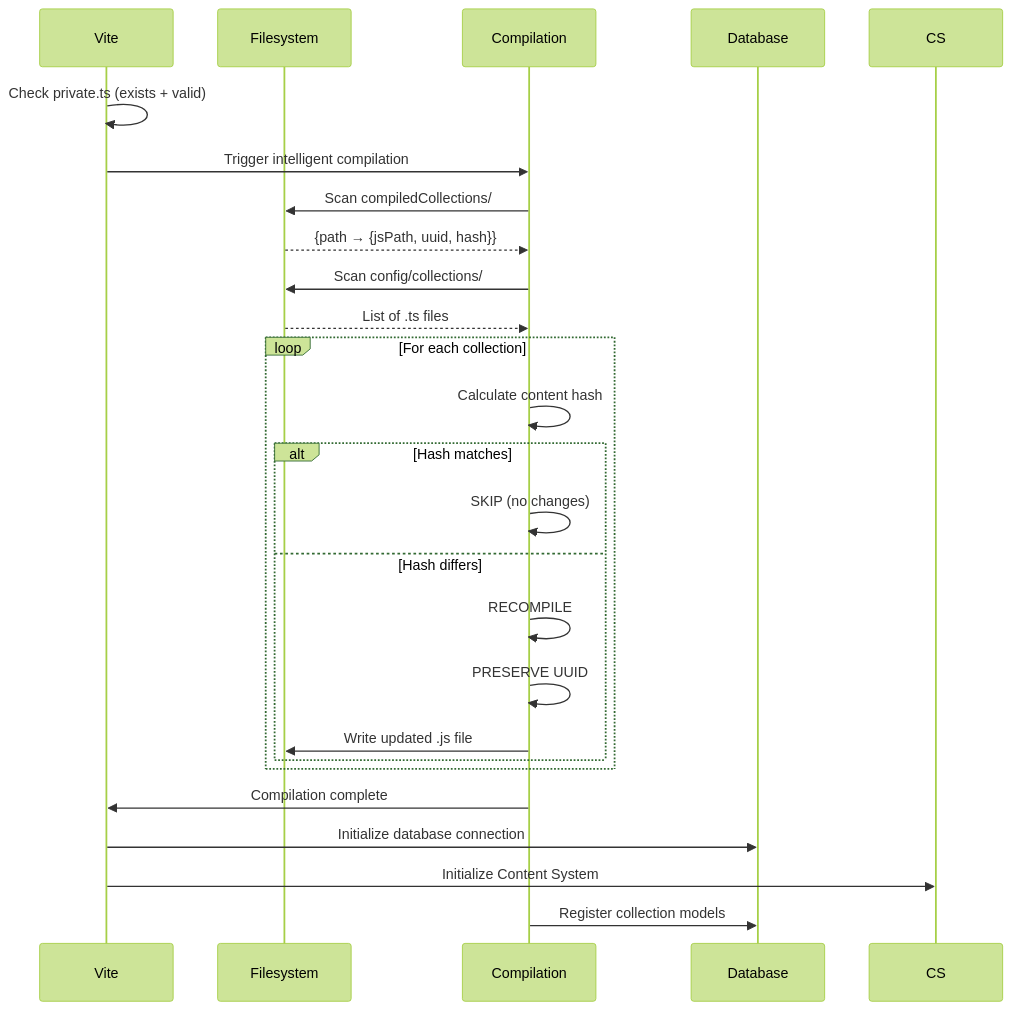
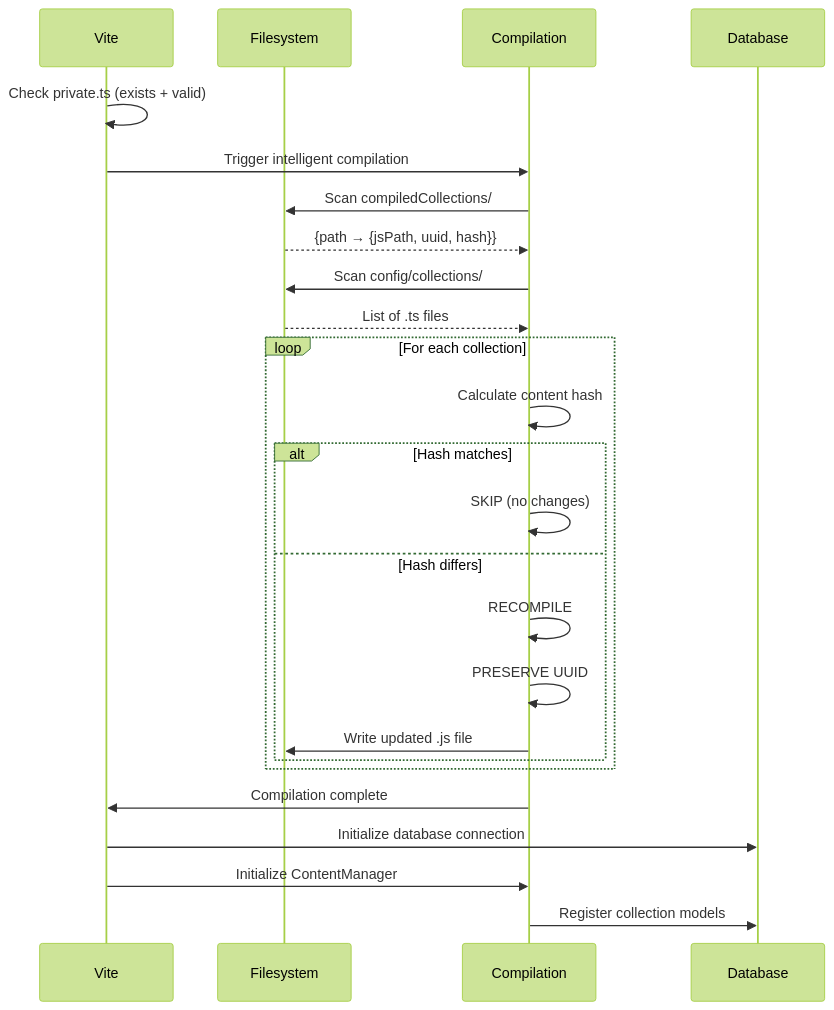
The ninth of 9 diagrams in docs/architecture/initialization-workflow.mdx (SveltyCMS/SveltyCMS), drawn with Mermaid (forest theme) before and after one commit. The commit also changed other lines of this file and 1049 other files, not shown here.

````diff
--- a/docs/architecture/initialization-workflow.mdx
+++ b/docs/architecture/initialization-workflow.mdx
@@ -1408,32 +1409,32 @@
 ```mermaid
 sequenceDiagram
     participant V as Vite
     participant FS as Filesystem
     participant CM as Compilation
     participant DB as Database
 
     V->>V: Check private.ts (exists + valid)
     V->>CM: Trigger intelligent compilation
 
     CM->>FS: Scan compiledCollections/
     FS-->>CM: {path → {jsPath, uuid, hash}}
 
     CM->>FS: Scan config/collections/
     FS-->>CM: List of .ts files
 
     loop For each collection
         CM->>CM: Calculate content hash
         alt Hash matches
             CM->>CM: SKIP (no changes)
         else Hash differs
             CM->>CM: RECOMPILE
             CM->>CM: PRESERVE UUID
             CM->>FS: Write updated .js file
         end
     end
 
     CM->>V: Compilation complete
     V->>DB: Initialize database connection
-    V->>CS: Initialize Content System
+    V->>CM: Initialize ContentManager
     CM->>DB: Register collection models
 ```
````
